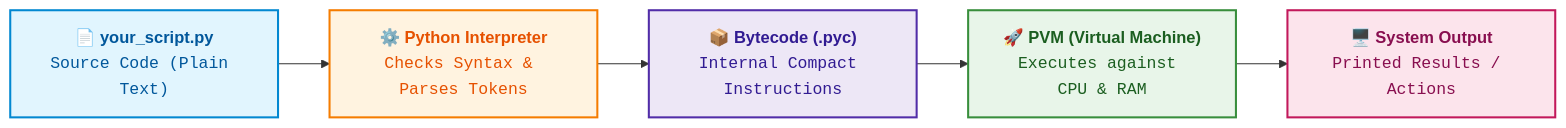
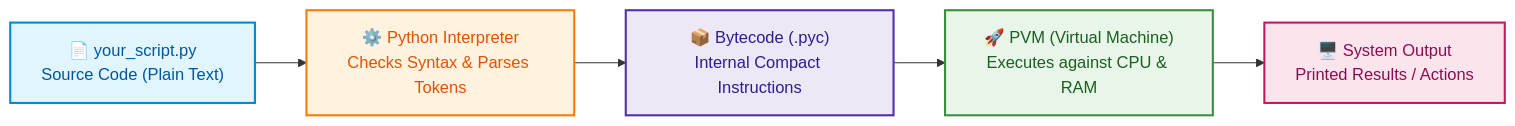
One commit to githubchecker/personal changed the first of 2 diagrams in notes/NotionExport/AI/AI-Learinig-Path/Phase 0 - Foundations/Phase 0.1 - Python/01 How Python Runs and Setup.md. Above: the diagram before and after it, drawn with Mermaid. The commit also changed other lines of this file and 5 other files, not shown here.

Commit message:
fix: clean Mermaid HTML tags and finalize infographic headers with large font

````diff
--- a/notes/NotionExport/AI/AI-Learinig-Path/Phase 0 - Foundations/Phase 0.1 - Python/01 How Python Runs and Setup.md
+++ b/notes/NotionExport/AI/AI-Learinig-Path/Phase 0 - Foundations/Phase 0.1 - Python/01 How Python Runs and Setup.md
@@ -94,13 +94,13 @@
 ```mermaid
 flowchart LR
-    A["📄 <b>your_script.py</b><br/><code>Source Code (Plain Text)</code>"] --> B["⚙️ <b>Python Interpreter</b><br/><code>Checks Syntax & Parses Tokens</code>"]
-    B --> C["📦 <b>Bytecode (.pyc)</b><br/><code>Internal Compact Instructions</code>"]
-    C --> D["🚀 <b>PVM (Virtual Machine)</b><br/><code>Executes against CPU & RAM</code>"]
-    D --> E["🖥️ <b>System Output</b><br/><code>Printed Results / Actions</code>"]
+    A["📄 your_script.py<br/>Source Code (Plain Text)"] --> B["⚙️ Python Interpreter<br/>Checks Syntax & Parses Tokens"]
+    B --> C["📦 Bytecode (.pyc)<br/>Internal Compact Instructions"]
+    C --> D["🚀 PVM (Virtual Machine)<br/>Executes against CPU & RAM"]
+    D --> E["🖥️ System Output<br/>Printed Results / Actions"]
 
     style A fill:#E1F5FE,stroke:#0288D1,stroke-width:2px,color:#01579B
     style B fill:#FFF3E0,stroke:#F57C00,stroke-width:2px,color:#E65100
     style C fill:#EDE7F6,stroke:#512DA8,stroke-width:2px,color:#311B92
     style D fill:#E8F5E9,stroke:#388E3C,stroke-width:2px,color:#1B5E20
     style E fill:#FCE4EC,stroke:#C2185B,stroke-width:2px,color:#880E4F
 ```
````
